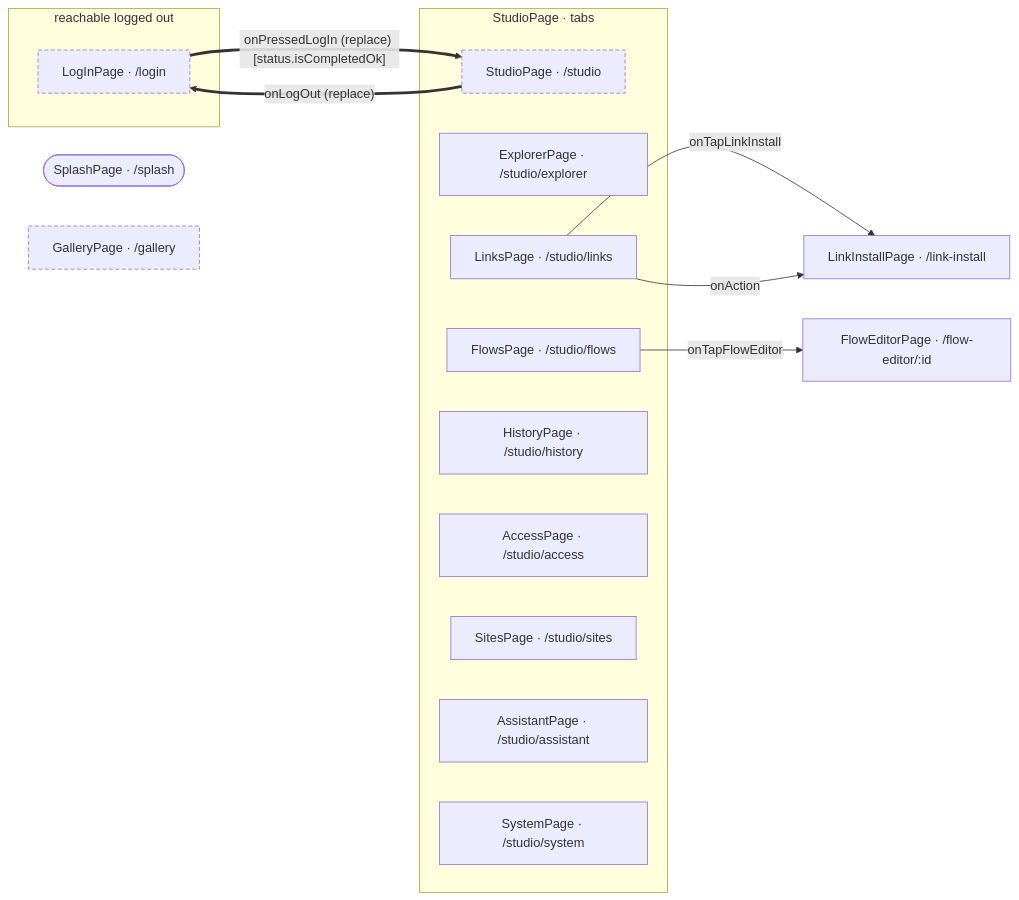
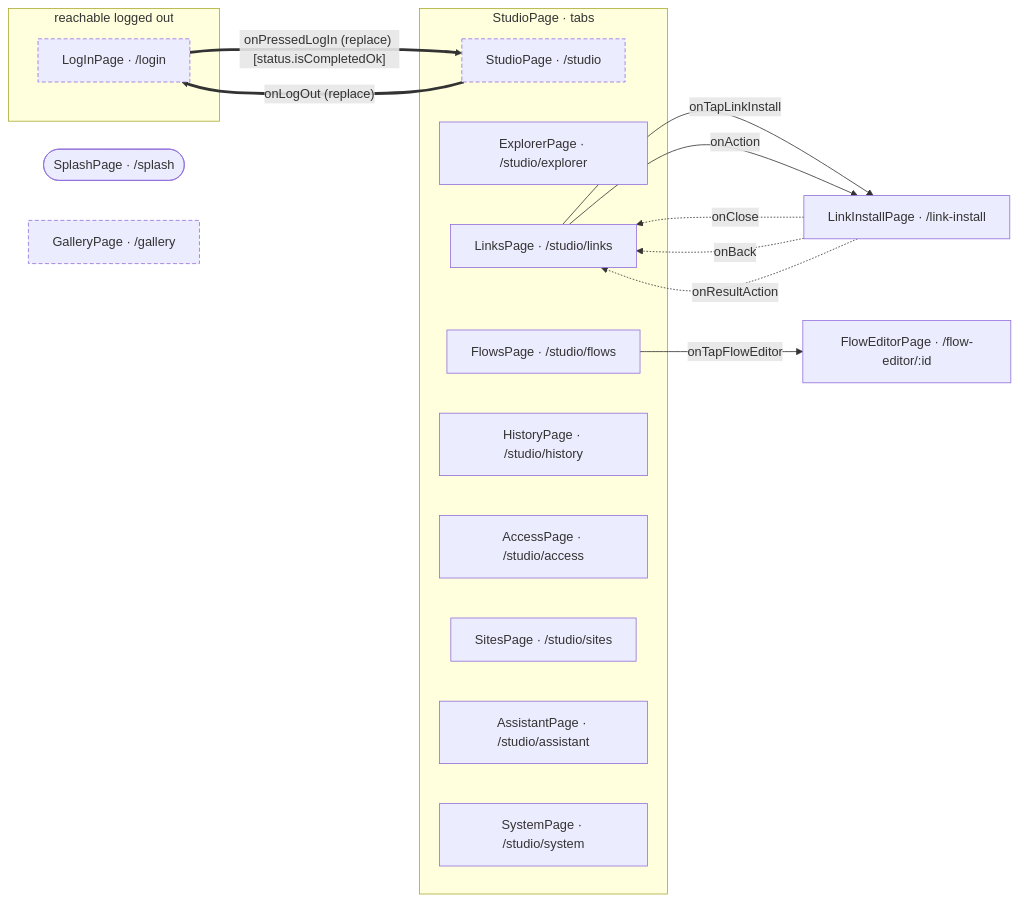
Before and after one commit to gencto/wyrm: the diagram in studio/docs/flows/README.md, drawn with Mermaid. The commit also changed other lines of this file and 33 other files, not shown here.

````diff
--- a/studio/docs/flows/README.md
+++ b/studio/docs/flows/README.md
@@ -7,30 +7,33 @@
 ```mermaid
 flowchart LR
     subgraph frxPublic["reachable logged out"]
         logIn["LogInPage · /login"]
     end
     splash(["SplashPage · /splash"])
     gallery["GalleryPage · /gallery"]
     subgraph frxTabs_studio["StudioPage · tabs"]
         studio["StudioPage · /studio"]
         explorer["ExplorerPage · /studio/explorer"]
         links["LinksPage · /studio/links"]
         flows["FlowsPage · /studio/flows"]
         history["HistoryPage · /studio/history"]
         access["AccessPage · /studio/access"]
         sites["SitesPage · /studio/sites"]
         assistant["AssistantPage · /studio/assistant"]
         system["SystemPage · /studio/system"]
     end
     linkInstall["LinkInstallPage · /link-install"]
     flowEditor["FlowEditorPage · /flow-editor/:id"]
 
     logIn ==>|"onPressedLogIn (replace) [status.isCompletedOk]"| studio
     studio ==>|"onLogOut (replace)"| logIn
     links -->|"onTapLinkInstall"| linkInstall
     links -->|"onAction"| linkInstall
     flows -->|"onTapFlowEditor"| flowEditor
+    linkInstall -.->|"onClose"| links
+    linkInstall -.->|"onBack"| links
+    linkInstall -.->|"onResultAction"| links
 
     classDef frxEntry stroke-dasharray: 5 3
     class logIn,gallery,studio frxEntry
 ```
````
